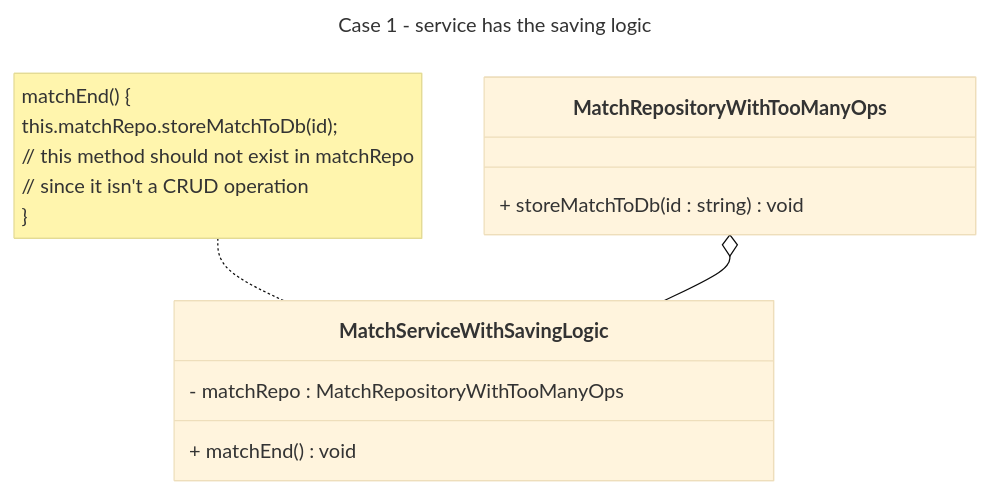
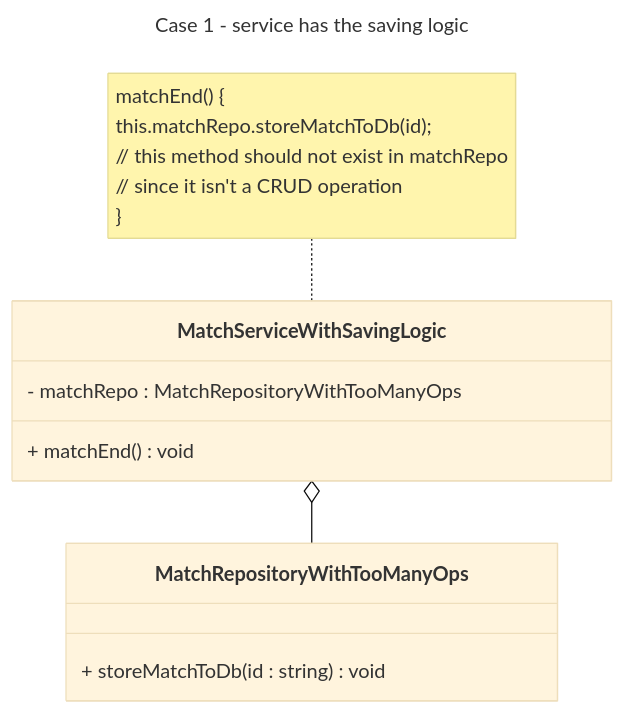
Before and after one commit to AndreaB2000/ASW-project: the second of 4 diagrams in docs/uml/CiattoQuestion.md, drawn with Mermaid (base theme). The commit also changed other lines of this file, not shown here.

Commit message:
docs(uml): update ciatto question with correct composition arrows directions

````diff
--- a/docs/uml/CiattoQuestion.md
+++ b/docs/uml/CiattoQuestion.md
@@ -18,23 +18,23 @@
 ```mermaid
 ---
 title: Case 1 - service has the saving logic
 ---
 
 classDiagram
     class MatchServiceWithSavingLogic {
         - matchRepo : MatchRepositoryWithTooManyOps
         + matchEnd() void
     }
 
     note for MatchServiceWithSavingLogic "matchEnd() {
         this.matchRepo.storeMatchToDb(id);
         // this method should not exist in matchRepo
         // since it isn't a CRUD operation
     }"
 
     class MatchRepositoryWithTooManyOps {
         + storeMatchToDb(id : string) void
     }
 
-    MatchRepositoryWithTooManyOps o-- MatchServiceWithSavingLogic
+    MatchServiceWithSavingLogic o-- MatchRepositoryWithTooManyOps
 ```
````
